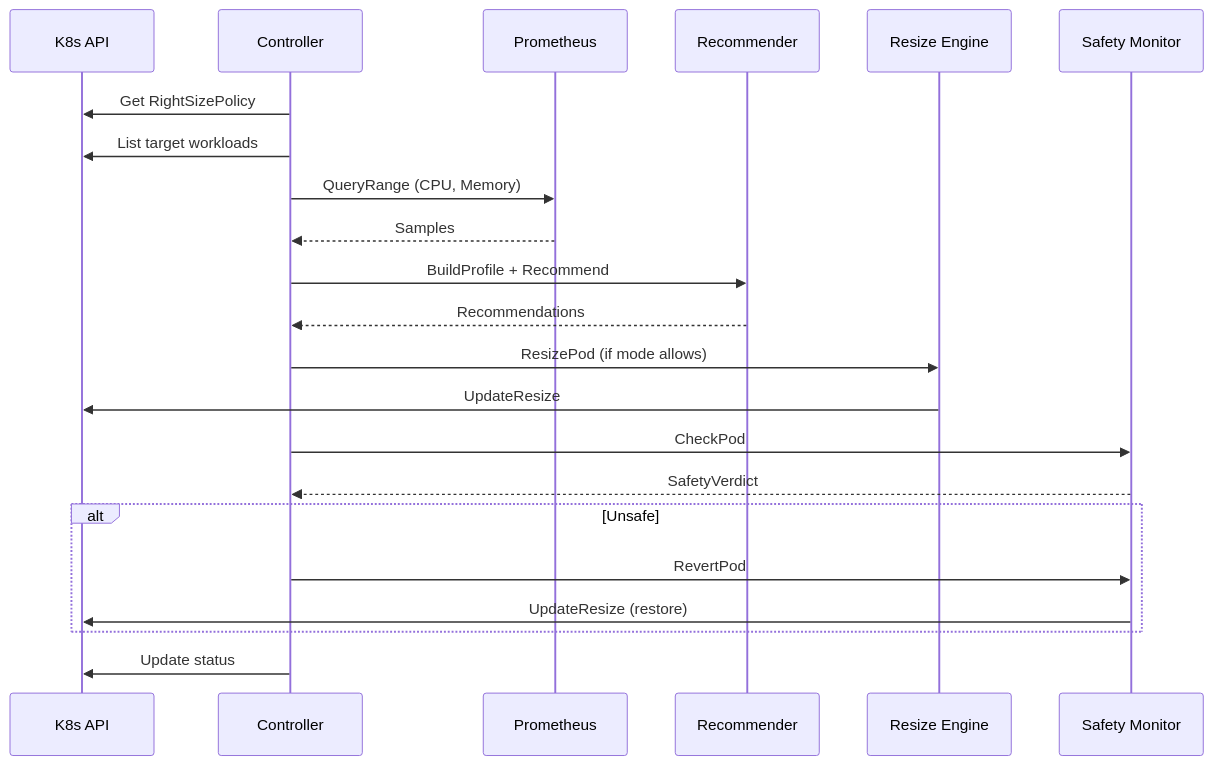
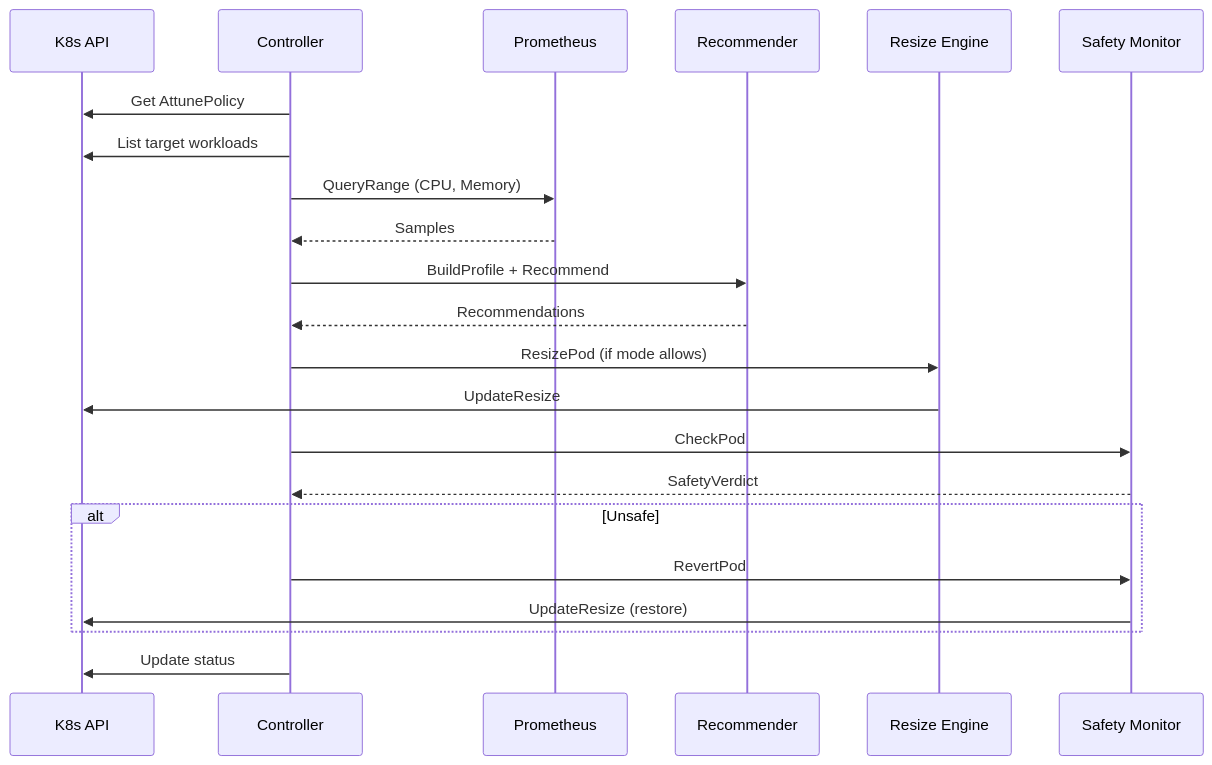
The second of 2 diagrams in docs/architecture/design.md (attune-io/attune), drawn with Mermaid before and after one commit. The commit also changed other lines of this file and 323 other files, not shown here.

````diff
--- a/docs/architecture/design.md
+++ b/docs/architecture/design.md
@@ -106,25 +106,25 @@
 ```mermaid
 sequenceDiagram
     participant K as K8s API
     participant C as Controller
     participant P as Prometheus
     participant R as Recommender
     participant E as Resize Engine
     participant S as Safety Monitor
 
-    C->>K: Get RightSizePolicy
+    C->>K: Get AttunePolicy
     C->>K: List target workloads
     C->>P: QueryRange (CPU, Memory)
     P-->>C: Samples
     C->>R: BuildProfile + Recommend
     R-->>C: Recommendations
     C->>E: ResizePod (if mode allows)
     E->>K: UpdateResize
     C->>S: CheckPod
     S-->>C: SafetyVerdict
     alt Unsafe
         C->>S: RevertPod
         S->>K: UpdateResize (restore)
     end
     C->>K: Update status
 ```
````
